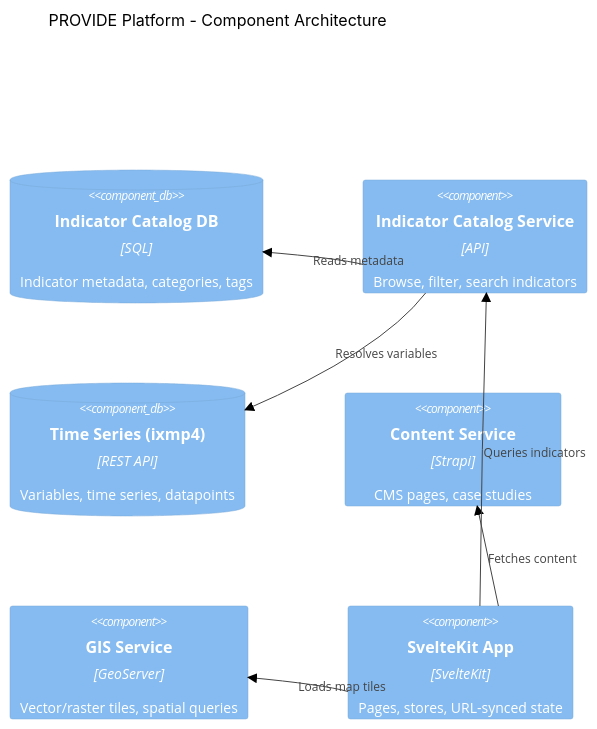
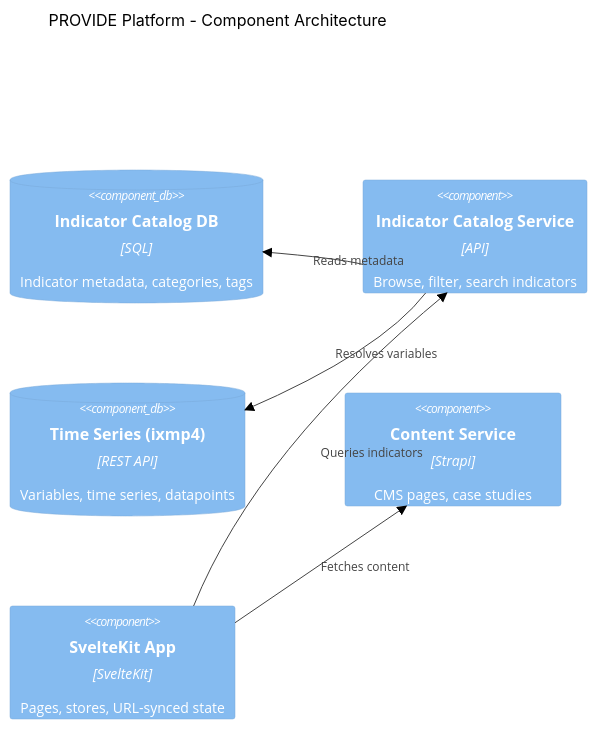
The second of 4 diagrams in TECHNICAL_PLAN.md (upbeat-works/provide), drawn with Mermaid (forest theme) before and after one commit. The commit also changed other lines of this file and 62 other files, not shown here.

````diff
--- a/TECHNICAL_PLAN.md
+++ b/TECHNICAL_PLAN.md
@@ -161,18 +199,15 @@
 ```mermaid
 C4Component
     title PROVIDE Platform - Component Architecture
 
     ComponentDb(catalogDB, "Indicator Catalog DB", "SQL", "Indicator metadata, categories, tags")
     Component(catalog, "Indicator Catalog Service", "API", "Browse, filter, search indicators")
     ComponentDb(ixmp4DB, "Time Series (ixmp4)", "REST API", "Variables, time series, datapoints")
     Component(content, "Content Service", "Strapi", "CMS pages, case studies")
-    Component(gis, "GIS Service", "GeoServer", "Vector/raster tiles, spatial queries")
-
     Component(ui, "SvelteKit App", "SvelteKit", "Pages, stores, URL-synced state")
 
     Rel(ui, content, "Fetches content")
-    Rel(ui, gis, "Loads map tiles")
     Rel(ui, catalog, "Queries indicators")
     Rel(catalog, catalogDB, "Reads metadata")
     Rel(catalog, ixmp4DB, "Resolves variables")
 ```
````
